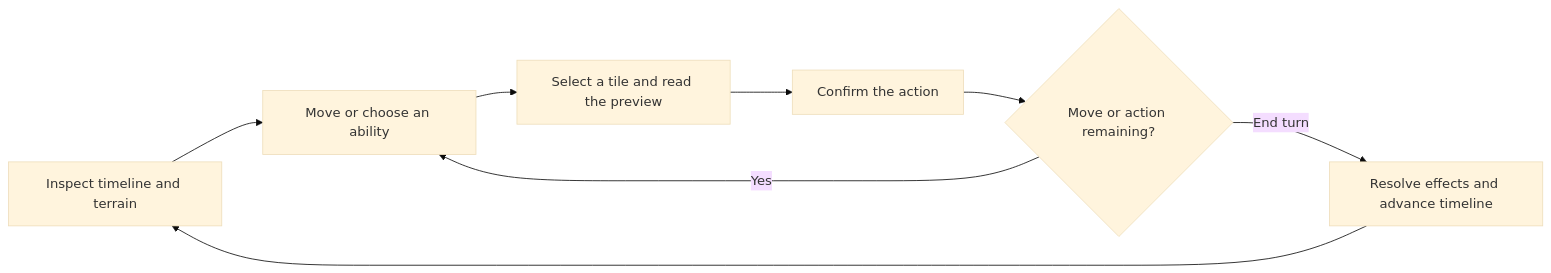
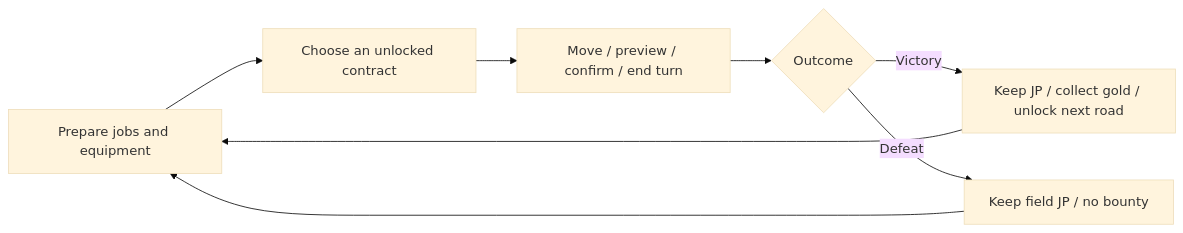
Before and after one commit to CptNope/Echoes-of-the-Shattered-Crown: the first of 2 diagrams in README.md, drawn with Mermaid (base theme). The commit also changed other lines of this file and 25 other files, not shown here.

Commit message:
feat: add company camp, linked contracts, training and equipment (v0.2.0)

````diff
--- a/README.md
+++ b/README.md
@@ -75,10 +75,10 @@
 ```mermaid
 flowchart LR
-    Inspect[Inspect timeline and terrain] --> Choose[Move or choose an ability]
-    Choose --> Preview[Select a tile and read the preview]
-    Preview --> Confirm[Confirm the action]
-    Confirm --> More{Move or action remaining?}
-    More -->|Yes| Choose
-    More -->|End turn| Advance[Resolve effects and advance timeline]
-    Advance --> Inspect
+    Camp[Prepare jobs and equipment] --> Deploy[Choose an unlocked contract]
+    Deploy --> Battle[Move / preview / confirm / end turn]
+    Battle --> Result{Outcome}
+    Result -->|Victory| Reward[Keep JP / collect gold / unlock next road]
+    Result -->|Defeat| Recover[Keep field JP / no bounty]
+    Reward --> Camp
+    Recover --> Camp
 ```
````
